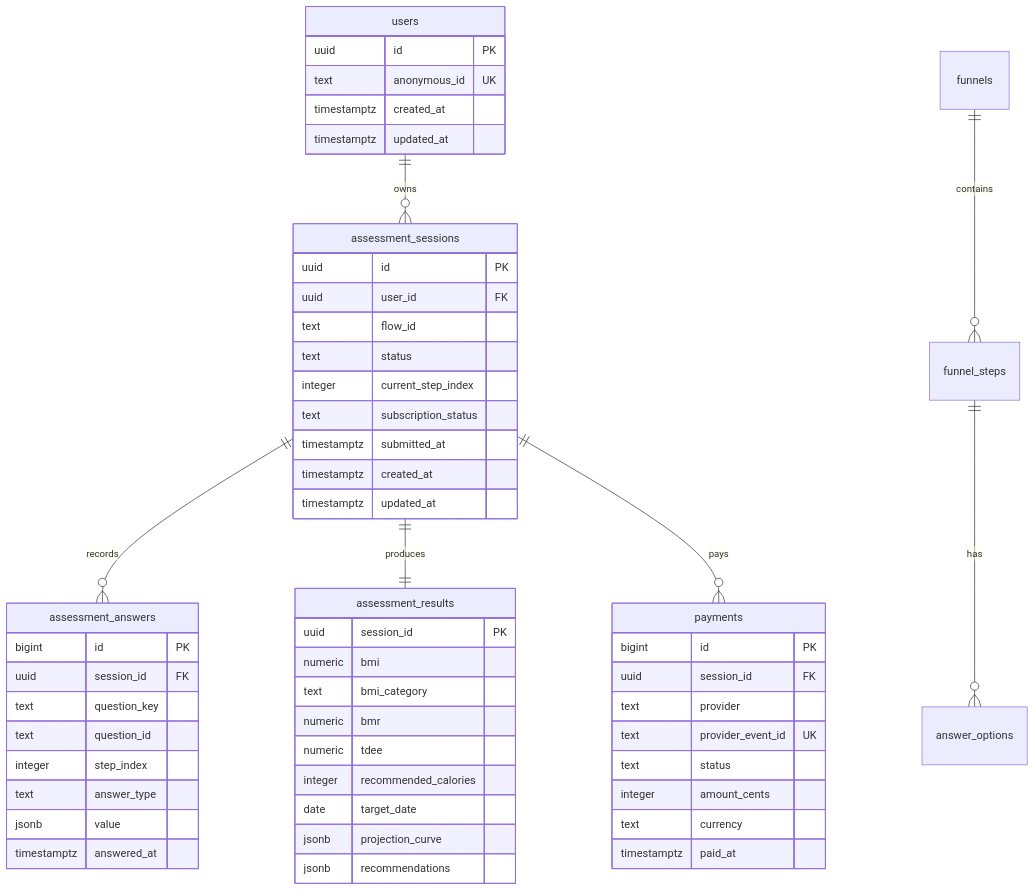
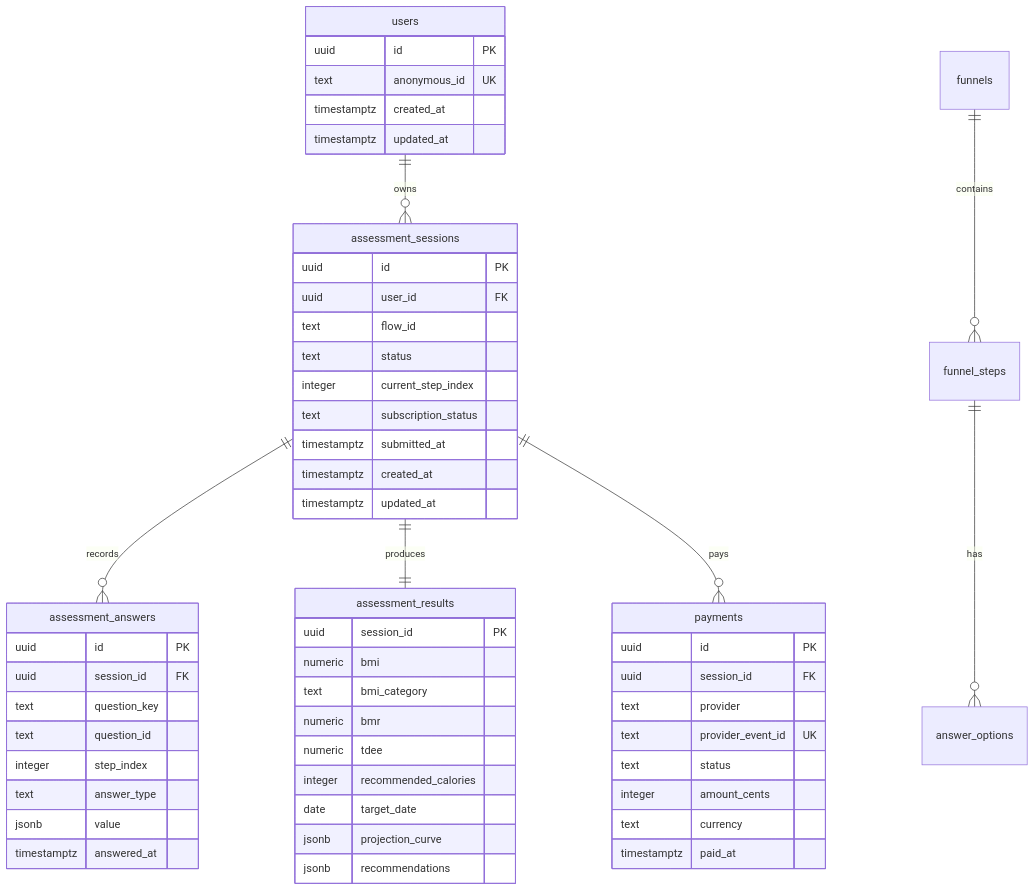
Before and after one commit to Gray878/sheet_demo: the second of 2 diagrams in docs/requirements-and-tech-selection.md, drawn with Mermaid. The commit also changed 2 other files, not shown here.

Commit message:
docs: 更新文档

````diff
--- a/docs/requirements-and-tech-selection.md
+++ b/docs/requirements-and-tech-selection.md
@@ -470,62 +470,62 @@
 ```mermaid
 erDiagram
   users ||--o{ assessment_sessions : owns
   funnels ||--o{ funnel_steps : contains
   funnel_steps ||--o{ answer_options : has
   assessment_sessions ||--o{ assessment_answers : records
   assessment_sessions ||--|| assessment_results : produces
   assessment_sessions ||--o{ payments : pays
 
   users {
     uuid id PK
     text anonymous_id UK
     timestamptz created_at
     timestamptz updated_at
   }
 
   assessment_sessions {
     uuid id PK
     uuid user_id FK
     text flow_id
     text status
     integer current_step_index
     text subscription_status
     timestamptz submitted_at
     timestamptz created_at
     timestamptz updated_at
   }
 
   assessment_answers {
-    bigint id PK
+    uuid id PK
     uuid session_id FK
     text question_key
     text question_id
     integer step_index
     text answer_type
     jsonb value
     timestamptz answered_at
   }
 
   assessment_results {
     uuid session_id PK
     numeric bmi
     text bmi_category
     numeric bmr
     numeric tdee
     integer recommended_calories
     date target_date
     jsonb projection_curve
     jsonb recommendations
   }
 
   payments {
-    bigint id PK
+    uuid id PK
     uuid session_id FK
     text provider
     text provider_event_id UK
     text status
     integer amount_cents
     text currency
     timestamptz paid_at
   }
 ```
````
